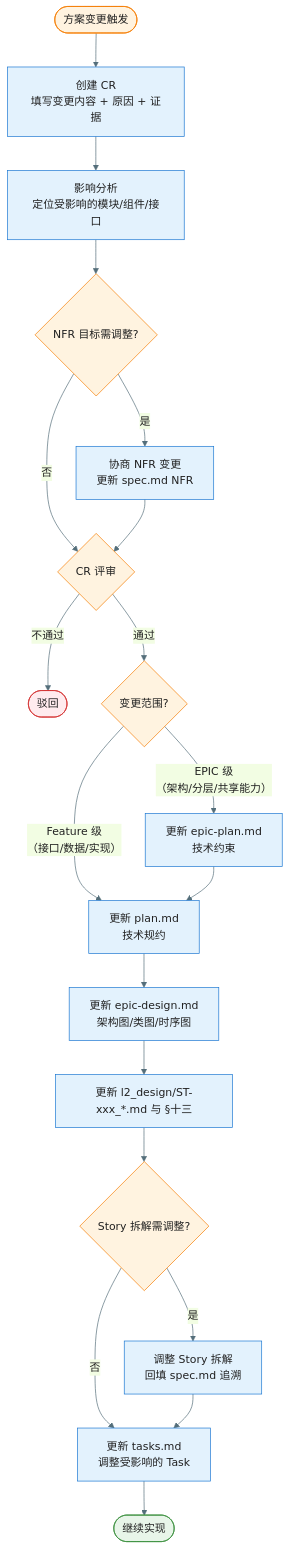
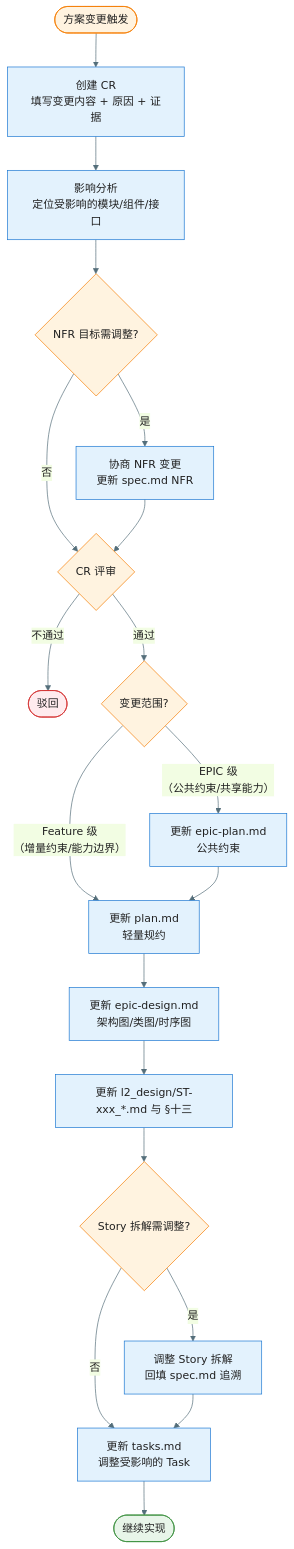
Before and after one commit to jackykarma/Verity: the fifth of 8 diagrams in docs/workflow-overview.md, drawn with Mermaid. The commit also changed other lines of this file and 28 other files, not shown here.

````diff
--- a/docs/workflow-overview.md
+++ b/docs/workflow-overview.md
@@ -273,30 +273,30 @@
 ```mermaid
 %%{init: {'theme': 'base', 'themeVariables': { 'primaryColor': '#E3F2FD', 'primaryTextColor': '#212121', 'primaryBorderColor': '#1976D2', 'lineColor': '#546E7A'}}}%%
 flowchart TD
     Trigger([方案变更触发]) --> CreateCR["创建 CR<br/>填写变更内容 + 原因 + 证据"]
     CreateCR --> Impact["影响分析<br/>定位受影响的模块/组件/接口"]
     Impact --> CheckNFR{NFR 目标需调整?}
     CheckNFR -->|是| NegotiateNFR["协商 NFR 变更<br/>更新 spec.md NFR"]
     CheckNFR -->|否| Review{CR 评审}
     NegotiateNFR --> Review
     Review -->|不通过| Reject([驳回])
     Review -->|通过| Scope{变更范围?}
-    Scope -->|"EPIC 级<br/>（架构/分层/共享能力）"| UpdateEpicPlan["更新 epic-plan.md<br/>技术约束"]
-    Scope -->|"Feature 级<br/>（接口/数据/实现）"| UpdatePlan["更新 plan.md<br/>技术规约"]
+    Scope -->|"EPIC 级<br/>（公共约束/共享能力）"| UpdateEpicPlan["更新 epic-plan.md<br/>公共约束"]
+    Scope -->|"Feature 级<br/>（增量约束/能力边界）"| UpdatePlan["更新 plan.md<br/>轻量规约"]
     UpdateEpicPlan --> UpdatePlan
     UpdatePlan --> UpdateDesign["更新 epic-design.md<br/>架构图/类图/时序图"]
     UpdateDesign --> UpdateL2["更新 l2_design/ST-xxx_*.md 与 §十三"]
     UpdateL2 --> CheckStory{Story 拆解需调整?}
     CheckStory -->|是| UpdateStory["调整 Story 拆解<br/>回填 spec.md 追溯"]
     CheckStory -->|否| UpdateTasks["更新 tasks.md<br/>调整受影响的 Task"]
     UpdateStory --> UpdateTasks
     UpdateTasks --> Continue([继续实现])
 
     style Trigger fill:#FFF3E0,stroke:#F57C00
     style Reject fill:#FFEBEE,stroke:#D32F2F
     style Continue fill:#E8F5E9,stroke:#388E3C
     style Review fill:#FFF3E0,stroke:#F57C00
     style CheckNFR fill:#FFF3E0,stroke:#F57C00
     style Scope fill:#FFF3E0,stroke:#F57C00
     style CheckStory fill:#FFF3E0,stroke:#F57C00
 ```
````
